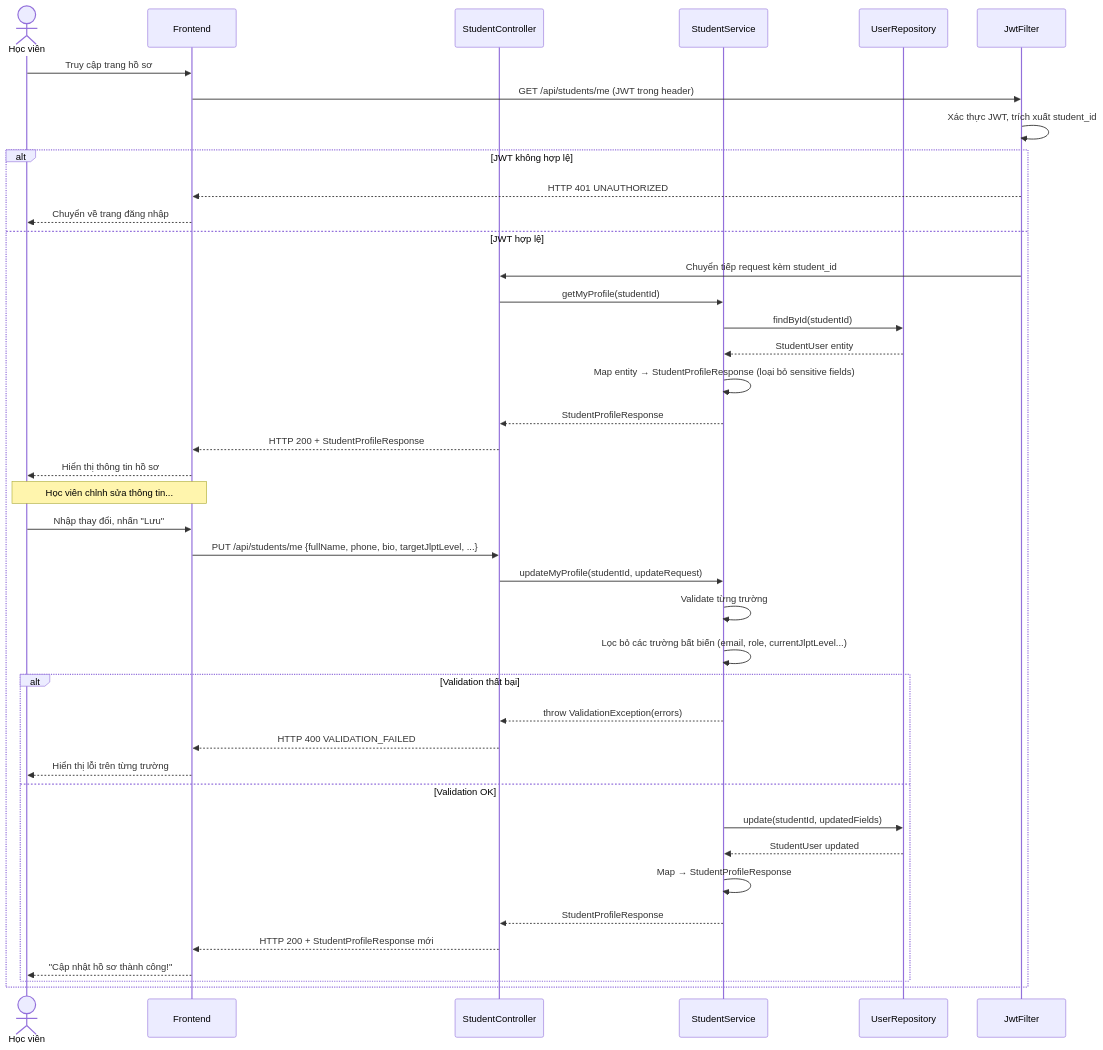
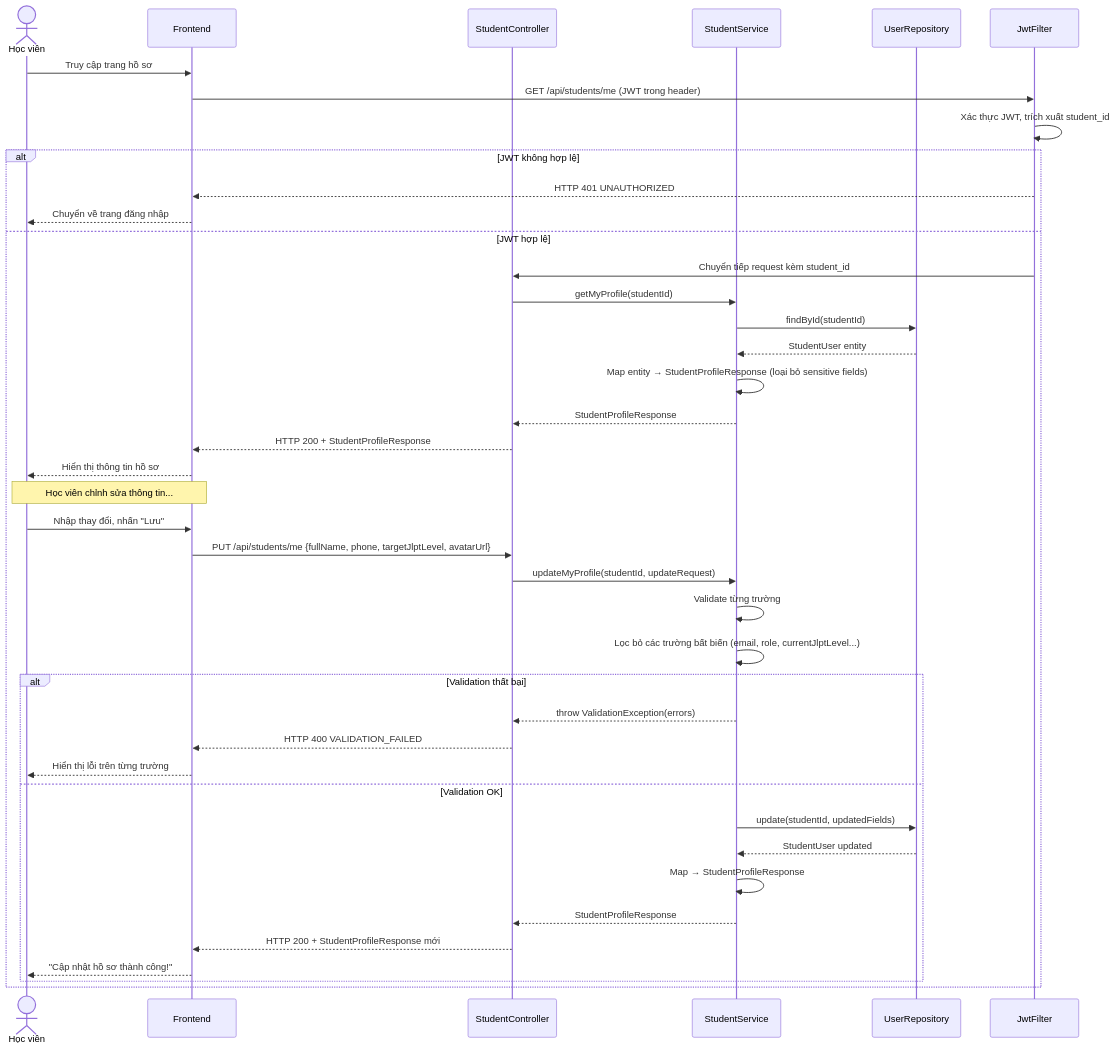
One commit to hung02042005/Japanese-Skill-Practice-Platform changed the first of 2 diagrams in .sdd/specs/backend/feat-auth/UC-04-user-profile.md. Above: the diagram before and after it, drawn with Mermaid. The commit also changed other lines of this file and 26 other files, not shown here.

````diff
--- a/.sdd/specs/backend/feat-auth/UC-04-user-profile.md
+++ b/.sdd/specs/backend/feat-auth/UC-04-user-profile.md
@@ -167,48 +161,48 @@
 ```mermaid
 sequenceDiagram
     actor HV as Học viên
     participant FE as Frontend
     participant SC as StudentController
     participant SS as StudentService
     participant UR as UserRepository
     participant Auth as JwtFilter
 
     HV->>FE: Truy cập trang hồ sơ
     FE->>Auth: GET /api/students/me (JWT trong header)
     Auth->>Auth: Xác thực JWT, trích xuất student_id
 
     alt JWT không hợp lệ
         Auth-->>FE: HTTP 401 UNAUTHORIZED
         FE-->>HV: Chuyển về trang đăng nhập
     else JWT hợp lệ
         Auth->>SC: Chuyển tiếp request kèm student_id
         SC->>SS: getMyProfile(studentId)
         SS->>UR: findById(studentId)
         UR-->>SS: StudentUser entity
         SS->>SS: Map entity → StudentProfileResponse (loại bỏ sensitive fields)
         SS-->>SC: StudentProfileResponse
         SC-->>FE: HTTP 200 + StudentProfileResponse
         FE-->>HV: Hiển thị thông tin hồ sơ
 
         Note over HV,FE: Học viên chỉnh sửa thông tin...
 
         HV->>FE: Nhập thay đổi, nhấn "Lưu"
-        FE->>SC: PUT /api/students/me {fullName, phone, bio, targetJlptLevel, ...}
+        FE->>SC: PUT /api/students/me {fullName, phone, targetJlptLevel, avatarUrl}
         SC->>SS: updateMyProfile(studentId, updateRequest)
         SS->>SS: Validate từng trường
         SS->>SS: Lọc bỏ các trường bất biến (email, role, currentJlptLevel...)
 
         alt Validation thất bại
             SS-->>SC: throw ValidationException(errors)
             SC-->>FE: HTTP 400 VALIDATION_FAILED
             FE-->>HV: Hiển thị lỗi trên từng trường
         else Validation OK
             SS->>UR: update(studentId, updatedFields)
             UR-->>SS: StudentUser updated
             SS->>SS: Map → StudentProfileResponse
             SS-->>SC: StudentProfileResponse
             SC-->>FE: HTTP 200 + StudentProfileResponse mới
             FE-->>HV: "Cập nhật hồ sơ thành công!"
         end
     end
 ```
````
